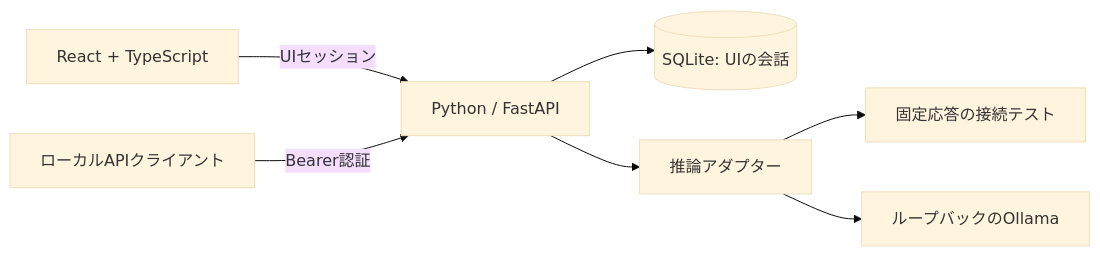
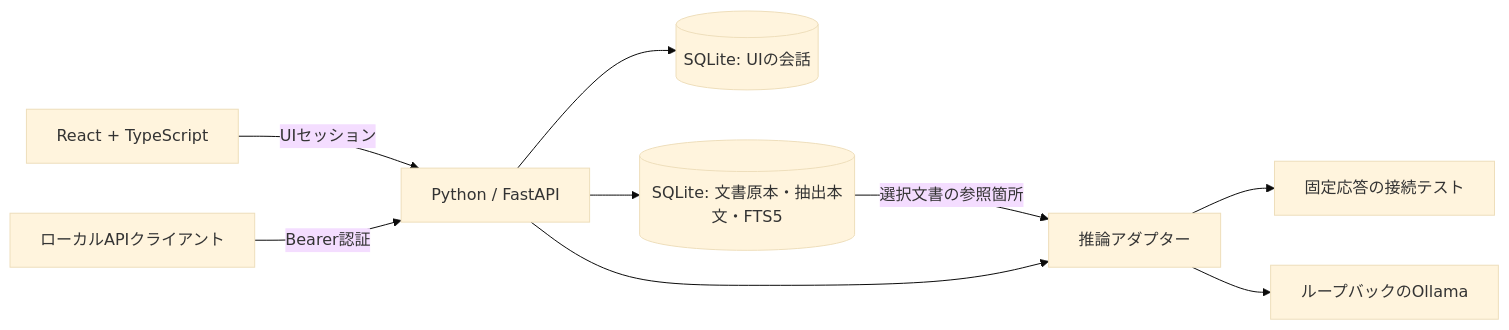
Before and after one commit to hayashikunita/template_local_llm_for_individual: the diagram in docs/prototype.md, drawn with Mermaid (base theme). The commit also changed other lines of this file and 13 other files, not shown here.

````diff
--- a/docs/prototype.md
+++ b/docs/prototype.md
@@ -7,9 +7,11 @@
 ```mermaid
 flowchart LR
     browser[React + TypeScript] -->|UIセッション| api[Python / FastAPI]
     client[ローカルAPIクライアント] -->|Bearer認証| api
     api --> db[(SQLite: UIの会話)]
+    api --> knowledge[(SQLite: 文書原本・抽出本文・FTS5)]
+    knowledge -->|選択文書の参照箇所| adapter
     api --> adapter[推論アダプター]
     adapter --> demo[固定応答の接続テスト]
     adapter --> ollama[ループバックのOllama]
 ```
````
